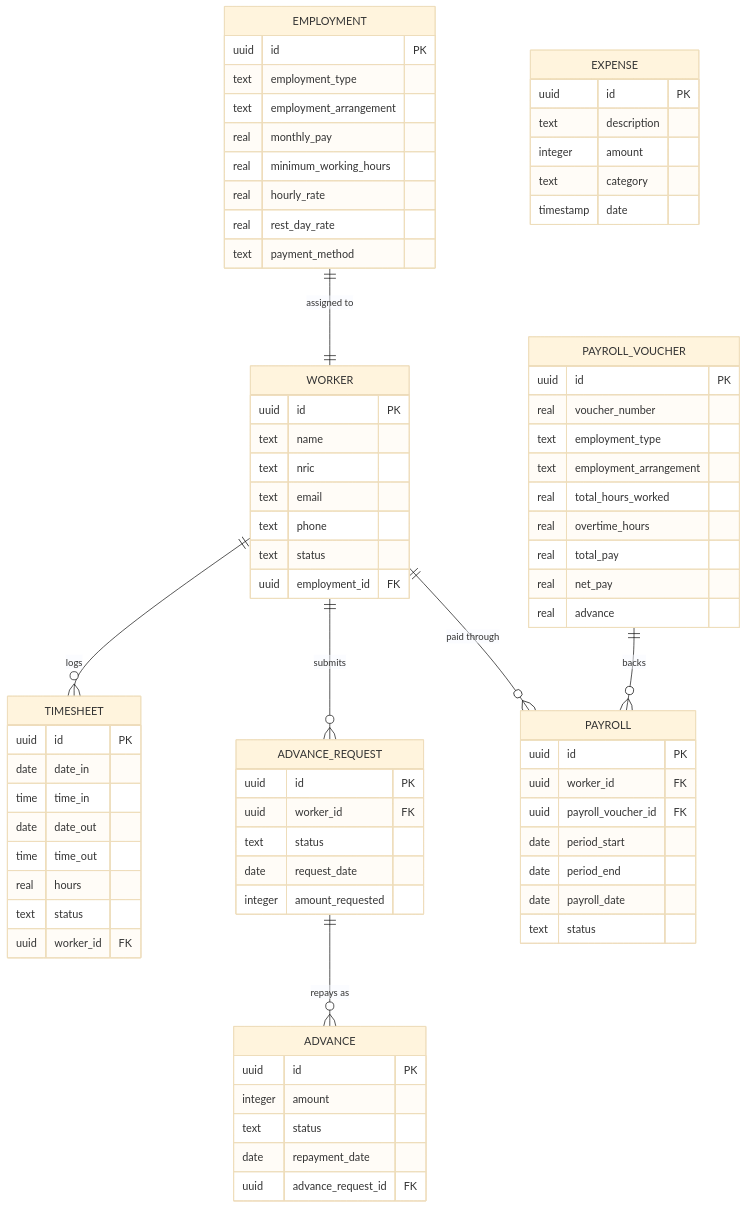
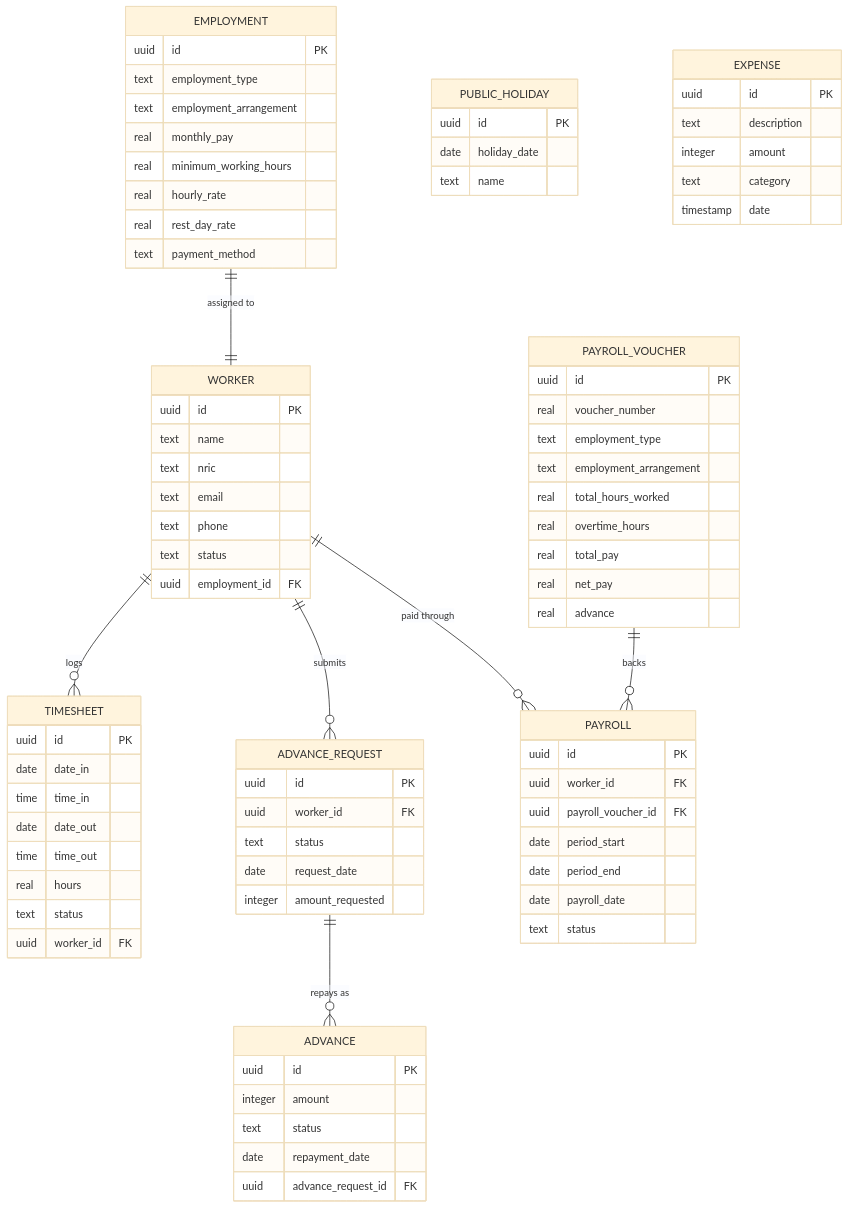
Before and after one commit to daniellim922/One-Laundry-Project-Alpha-v1: the diagram in .codex/docs/data-model-erd.md, drawn with Mermaid (base theme). The commit also changed other lines of this file and 16 other files, not shown here.

Commit message:
feat(payroll): add public holiday calendar management

```diff
--- a/.codex/docs/data-model-erd.md
+++ b/.codex/docs/data-model-erd.md
@@ -76,6 +76,12 @@
         text status
     }
 
+    PUBLIC_HOLIDAY {
+        uuid id PK
+        date holiday_date
+        text name
+    }
+
     EXPENSE {
         uuid id PK
         text description
```
